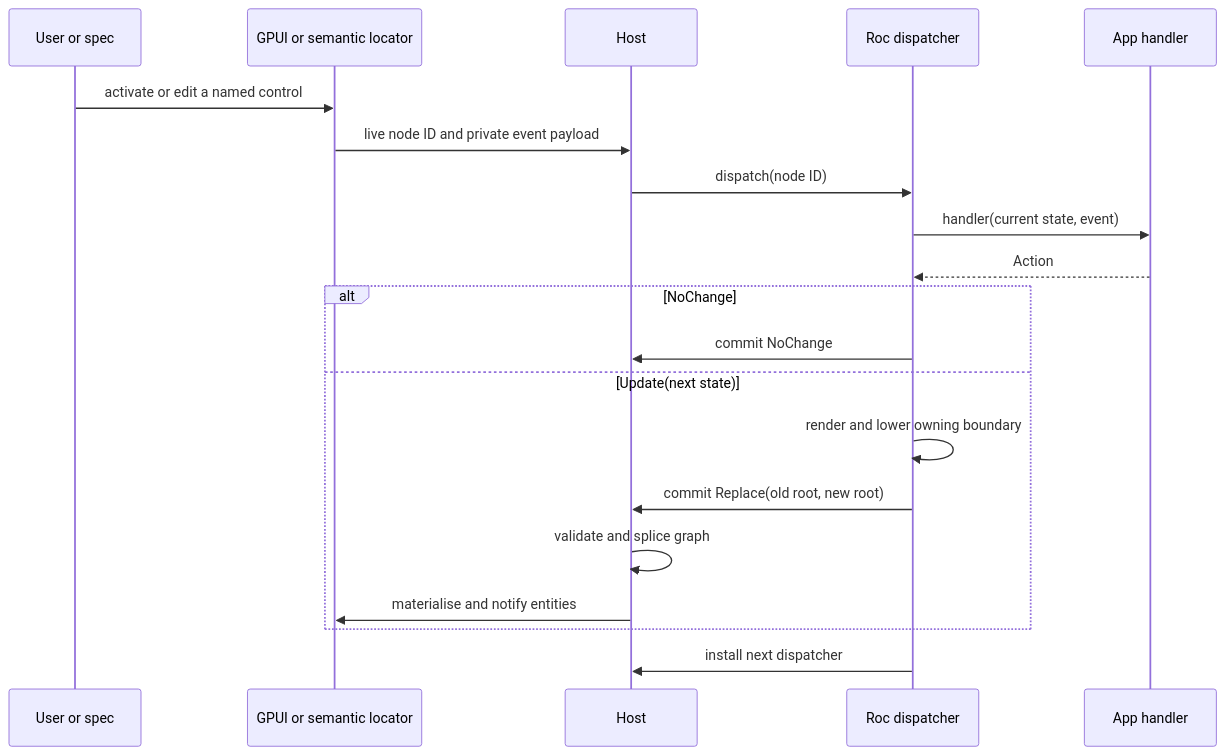
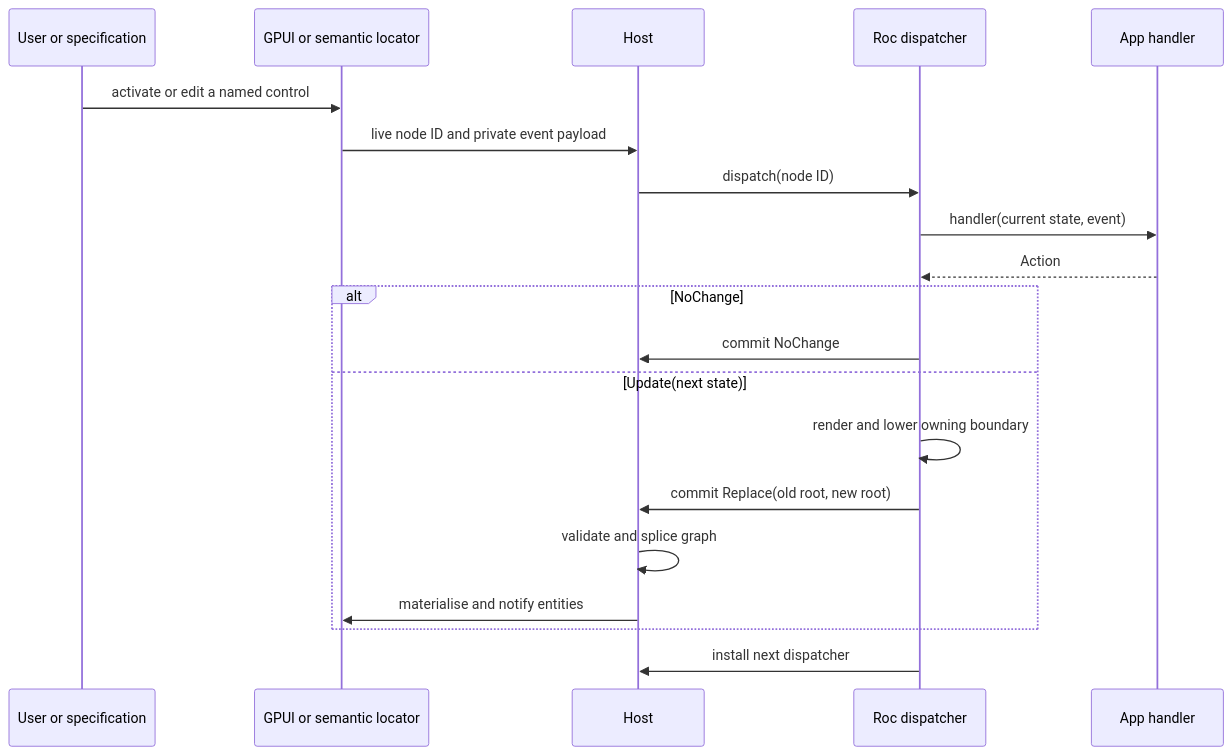
Before and after one commit to lukewilliamboswell/roc-gui: the second of 3 diagrams in docs/architecture.adoc, drawn with Mermaid. The commit also changed other lines of this file and 12 other files, not shown here.

```diff
--- a/docs/architecture.adoc
+++ b/docs/architecture.adoc
@@ -127,24 +124,24 @@
 [mermaid]
 ....
 sequenceDiagram
-    participant U as User or spec
+    participant U as User or specification
     participant G as GPUI or semantic locator
     participant H as Host
     participant P as Roc dispatcher
     participant A as App handler
 
     U->>G: activate or edit a named control
     G->>H: live node ID and private event payload
     H->>P: dispatch(node ID)
     P->>A: handler(current state, event)
     A-->>P: Action
     alt NoChange
         P->>H: commit NoChange
     else Update(next state)
         P->>P: render and lower owning boundary
         P->>H: commit Replace(old root, new root)
         H->>H: validate and splice graph
         H->>G: materialise and notify entities
     end
     P->>H: install next dispatcher
 ....
```
